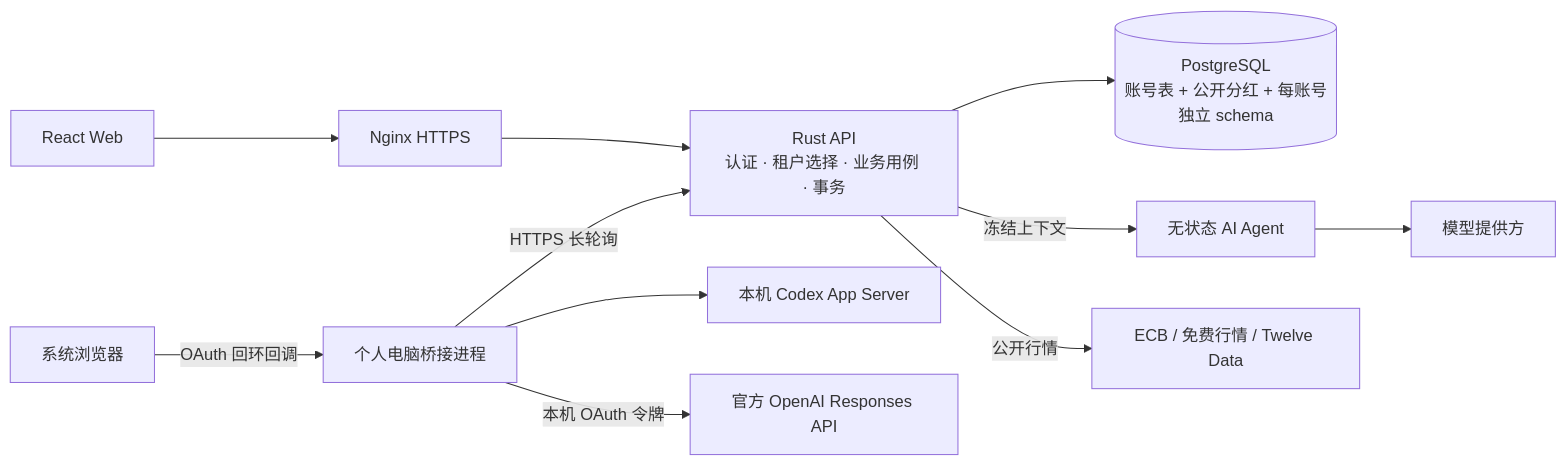
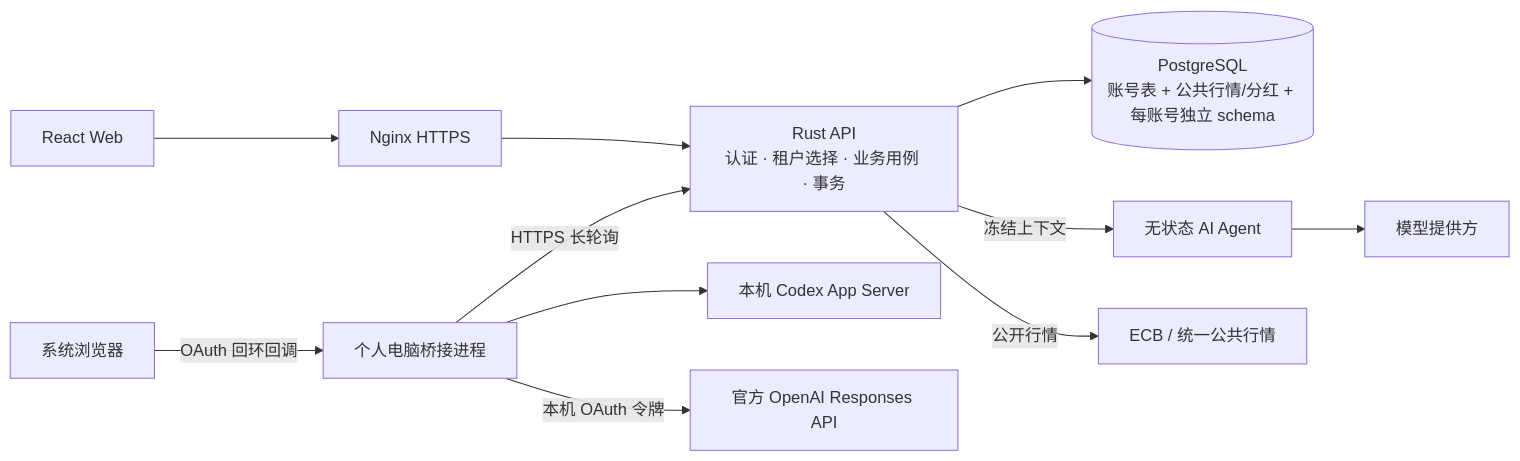
Before and after one commit to lokinko/mario: the first of 3 diagrams in docs/architecture.md, drawn with Mermaid. The commit also changed other lines of this file and 59 other files, not shown here.

````diff
--- a/docs/architecture.md
+++ b/docs/architecture.md
@@ -13,13 +13,13 @@
 ```mermaid
 flowchart LR
     W[React Web] --> G[Nginx HTTPS]
     G --> A[Rust API<br/>认证 · 租户选择 · 业务用例 · 事务]
-    A --> P[(PostgreSQL<br/>账号表 + 公开分红 + 每账号独立 schema)]
+    A --> P[(PostgreSQL<br/>账号表 + 公共行情/分红 + 每账号独立 schema)]
     A -->|冻结上下文| R[无状态 AI Agent]
     R --> M[模型提供方]
-    A -->|公开行情| Q[ECB / 免费行情 / Twelve Data]
+    A -->|公开行情| Q[ECB / 统一公共行情]
     B[个人电脑桥接进程] -->|HTTPS 长轮询| A
     B --> C[本机 Codex App Server]
     B -->|本机 OAuth 令牌| O[官方 OpenAI Responses API]
     L[系统浏览器] -->|OAuth 回环回调| B
 ```
````
